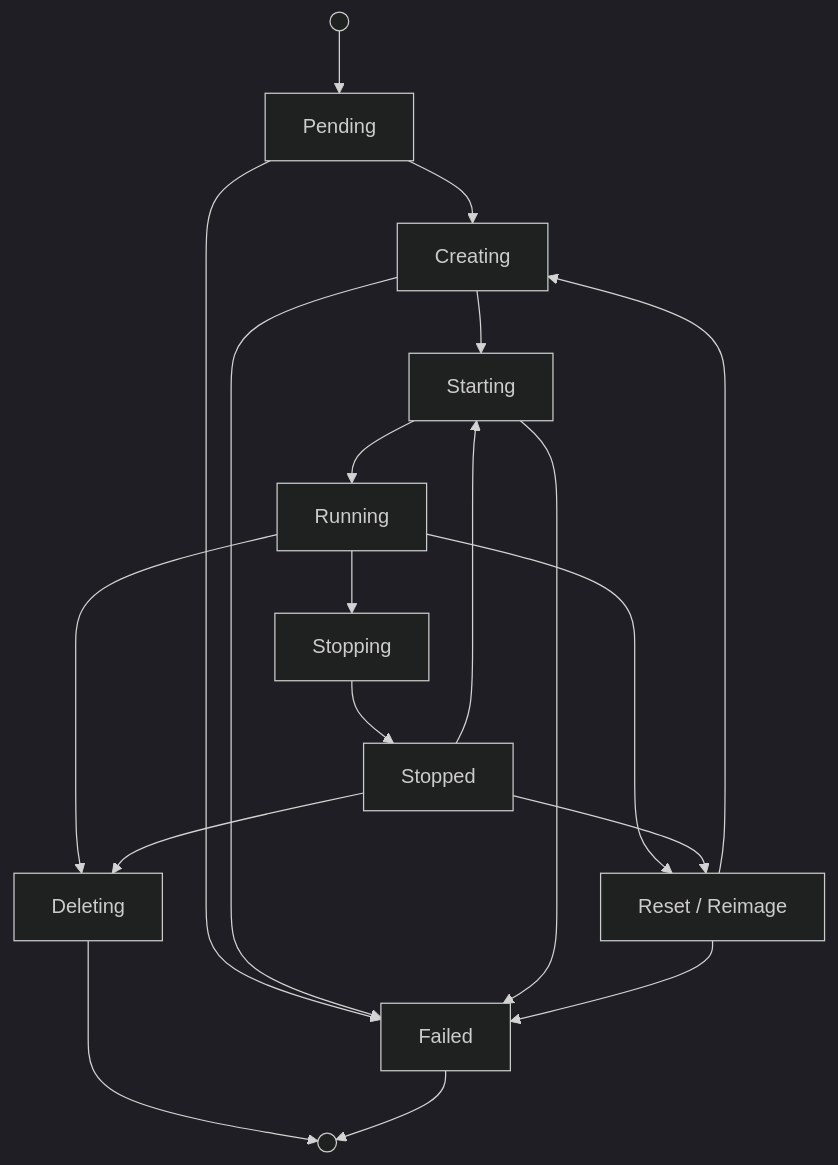
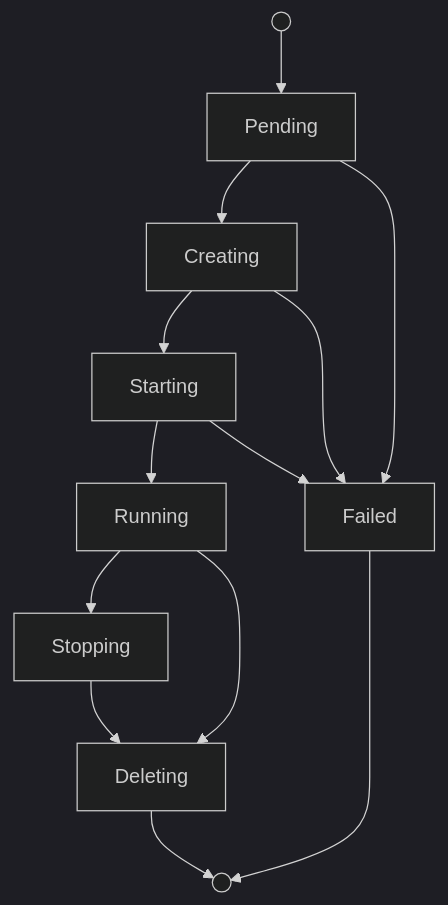
One commit to Mount-Thor/docs changed the diagram in compute/virtual-machines.mdx. Above: the diagram before and after it, drawn with Mermaid (dark theme). The commit also changed other lines of this file and 5 other files, not shown here.

````diff
--- a/compute/virtual-machines.mdx
+++ b/compute/virtual-machines.mdx
@@ -15,21 +18,15 @@
 ```mermaid
 flowchart TD
   Start(( )) --> Pending[Pending]
   Pending --> Creating
   Creating --> Starting
   Starting --> Running
   Running --> Stopping
-  Stopping --> Stopped
-  Stopped --> Starting
-  Running --> Operation[Reset / Reimage]
-  Stopped --> Operation
-  Operation --> Creating
+  Stopping --> Deleting
   Running --> Deleting
-  Stopped --> Deleting
   Pending --> Failed
   Creating --> Failed
   Starting --> Failed
-  Operation --> Failed
   Deleting --> End(( ))
   Failed --> End
 ```
````
